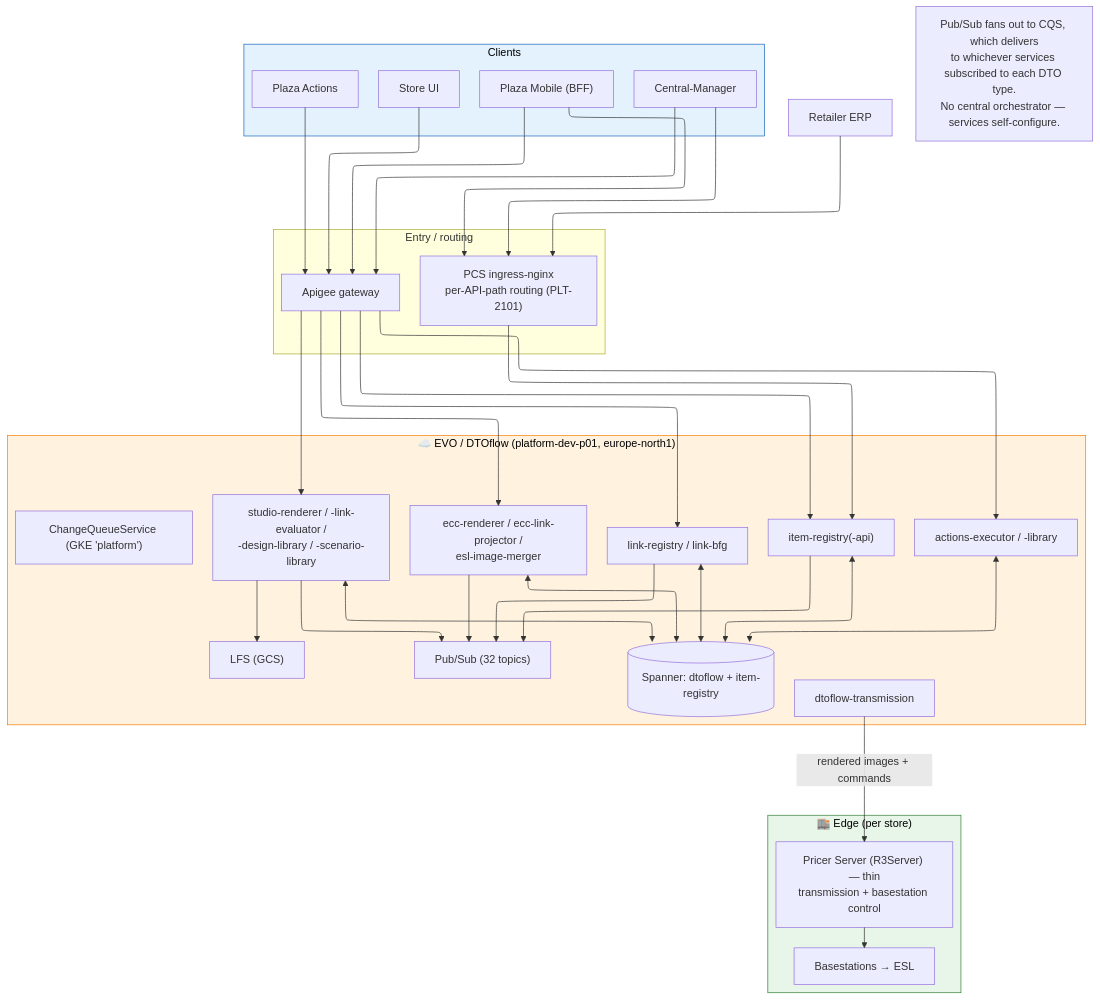
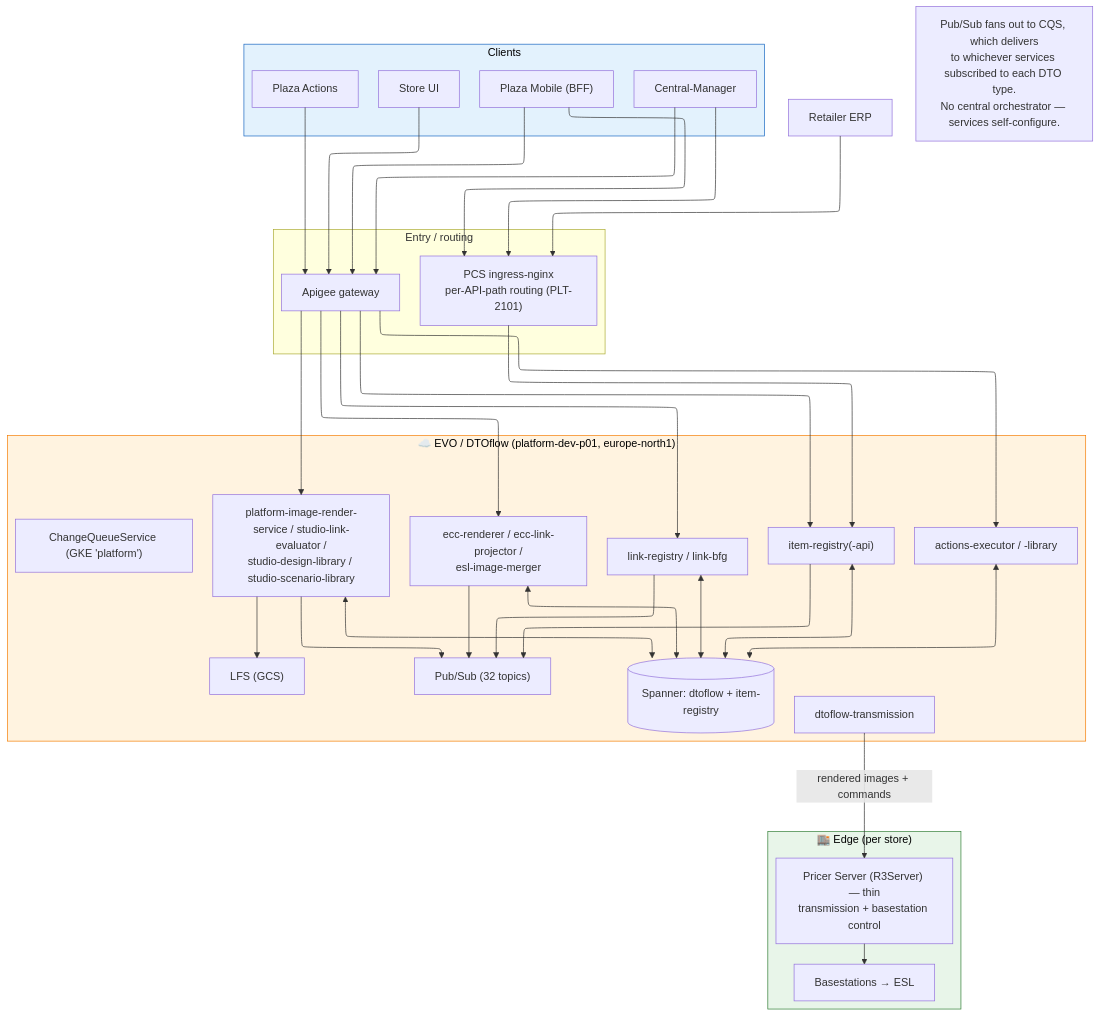
One commit to cristiandeaconeasa-dev/Replatforming-docs changed the first of 4 diagrams in 04-target-architecture.md. Above: the diagram before and after it, drawn with Mermaid. The commit also changed 11 other files, not shown here.

````diff
--- a/04-target-architecture.md
+++ b/04-target-architecture.md
@@ -17,59 +17,59 @@
 ```mermaid
 ---
 config:
     layout: elk
 ---
 flowchart TB
     ERP["Retailer ERP"]
     subgraph clients["Clients"]
         PM["Plaza Mobile (BFF)"]
         CM["Central-Manager"]
         SU["Store UI"]
         PA["Plaza Actions"]
     end
 
     subgraph entry["Entry / routing"]
         ING["PCS ingress-nginx<br/>per-API-path routing (PLT-2101)"]
         APG["Apigee gateway"]
     end
 
     subgraph cloud["☁️ EVO / DTOflow (platform-dev-p01, europe-north1)"]
         direction TB
         IR["item-registry(-api)"]
         LR["link-registry / link-bfg"]
-        ST["studio-renderer / -link-evaluator /<br/>-design-library / -scenario-library"]
+        ST["platform-image-render-service / studio-link-evaluator /<br/>studio-design-library / studio-scenario-library"]
         ECCs["ecc-renderer / ecc-link-projector /<br/>esl-image-merger"]
         ACT["actions-executor / -library"]
         TXC["dtoflow-transmission"]
         SP[("Spanner: dtoflow + item-registry")]
         PS["Pub/Sub (32 topics)"]
         CQS["ChangeQueueService (GKE 'platform')"]
         LFS["LFS (GCS)"]
     end
 
     subgraph edge["🏬 Edge (per store)"]
         R3["Pricer Server (R3Server) — thin<br/>transmission + basestation control"]
         HW["Basestations → ESL"]
     end
 
     ERP --> ING
     PM --> ING
     PM --> APG
     CM --> ING
     CM --> APG
     SU --> APG
     PA --> APG
     ING --> IR
     APG --> IR & LR & ST & ECCs & ACT
     IR & LR & ST & ECCs & ACT <--> SP
     IR & LR & ST & ECCs --> PS
     ST --> LFS
     TXC -->|rendered images + commands| R3
 
     Note["Pub/Sub fans out to CQS, which delivers<br/>to whichever services subscribed to each DTO type.<br/>No central orchestrator — services self-configure."]
     R3 --> HW
 
     style cloud fill:#fff3e0,stroke:#f57c00,color:#000
     style edge fill:#e8f5e9,stroke:#2e7d32,color:#000
     style clients fill:#e3f2fd,stroke:#1565c0,color:#000
 ```
````
